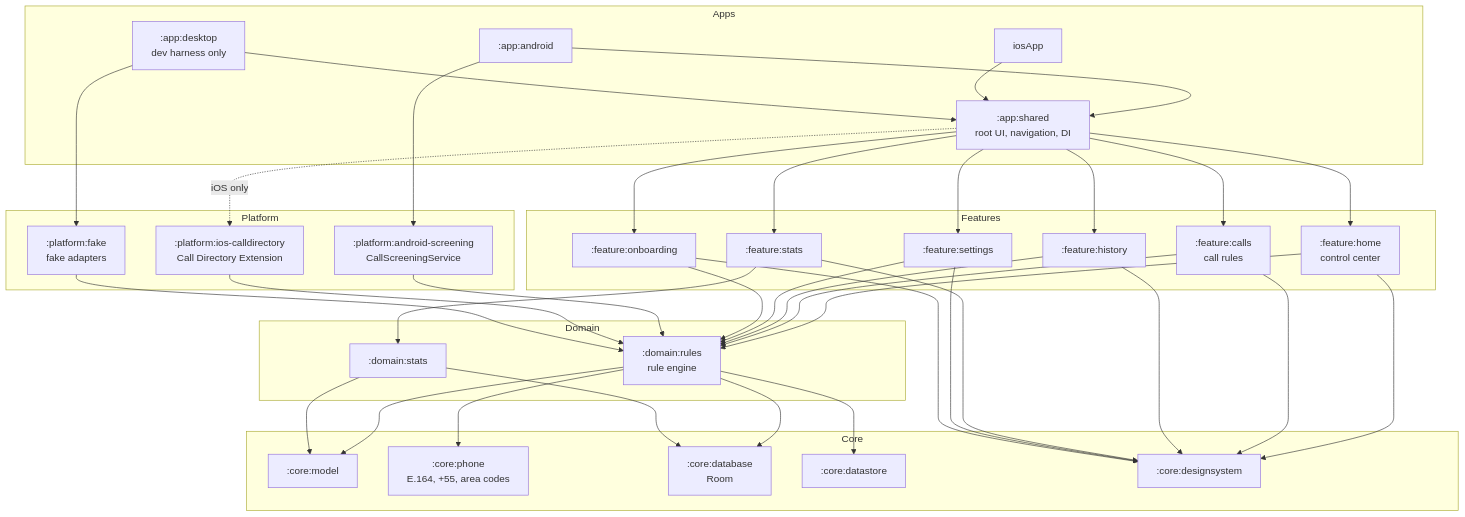
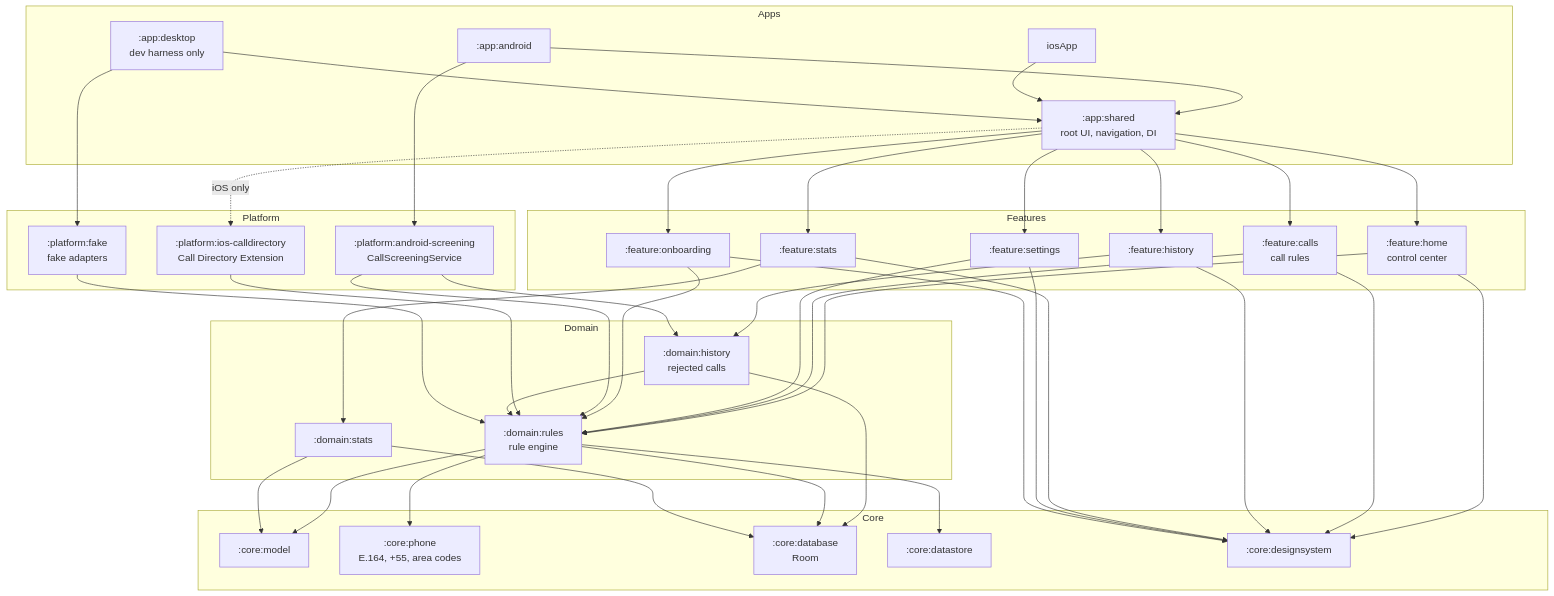
Before and after one commit to JaguarSurf/knobly: the first of 2 diagrams in docs/architecture.md, drawn with Mermaid. The commit also changed other lines of this file and 48 other files, not shown here.

First line of the commit message:
feat(history): add the History tab with rejected calls stored in Room

````diff
--- a/docs/architecture.md
+++ b/docs/architecture.md
@@ -14,54 +14,57 @@
 ```mermaid
 flowchart TD
     subgraph Apps
         AA[":app:android"]
         IA["iosApp"]
         AD[":app:desktop<br/>dev harness only"]
         AS[":app:shared<br/>root UI, navigation, DI"]
     end
 
     subgraph Features
         FHome[":feature:home<br/>control center"]
         FC[":feature:calls<br/>call rules"]
         FH[":feature:history"]
         FS[":feature:stats"]
         FSet[":feature:settings"]
         FO[":feature:onboarding"]
     end
 
     subgraph Domain
         DR[":domain:rules<br/>rule engine"]
+        DH[":domain:history<br/>rejected calls"]
         DS[":domain:stats"]
     end
 
     subgraph Core
         CM[":core:model"]
         CP[":core:phone<br/>E.164, +55, area codes"]
         CD[":core:database<br/>Room"]
         CDS[":core:datastore"]
         CDes[":core:designsystem"]
     end
 
     subgraph Platform
         PA[":platform:android-screening<br/>CallScreeningService"]
         PI[":platform:ios-calldirectory<br/>Call Directory Extension"]
         PF[":platform:fake<br/>fake adapters"]
     end
 
     AA & IA & AD --> AS
     AS --> FHome & FC & FH & FS & FSet & FO
     AA --> PA
     AS -. iOS only .-> PI
     AD --> PF
 
-    FHome & FC & FH & FSet & FO --> DR
+    FHome & FC & FSet & FO --> DR
+    FH --> DH
     FS --> DS
     FHome & FC & FH & FS & FSet & FO --> CDes
 
-    PA --> DR
+    PA --> DR & DH
     PI --> DR
+    DH --> DR & CD
 
     DR --> CM & CP & CD & CDS
     DS --> CM & CD
     PF --> DR
 ```
````
